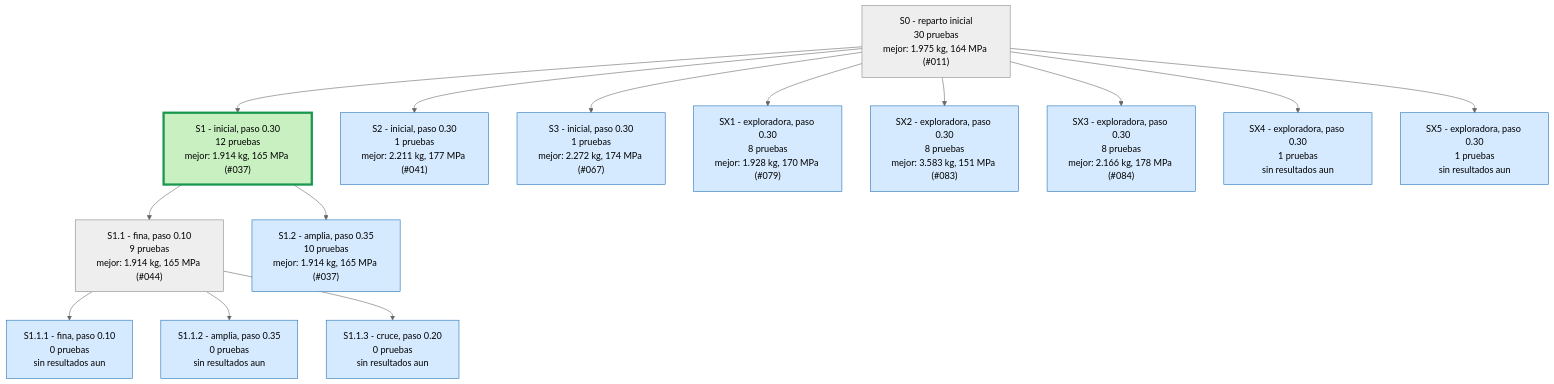
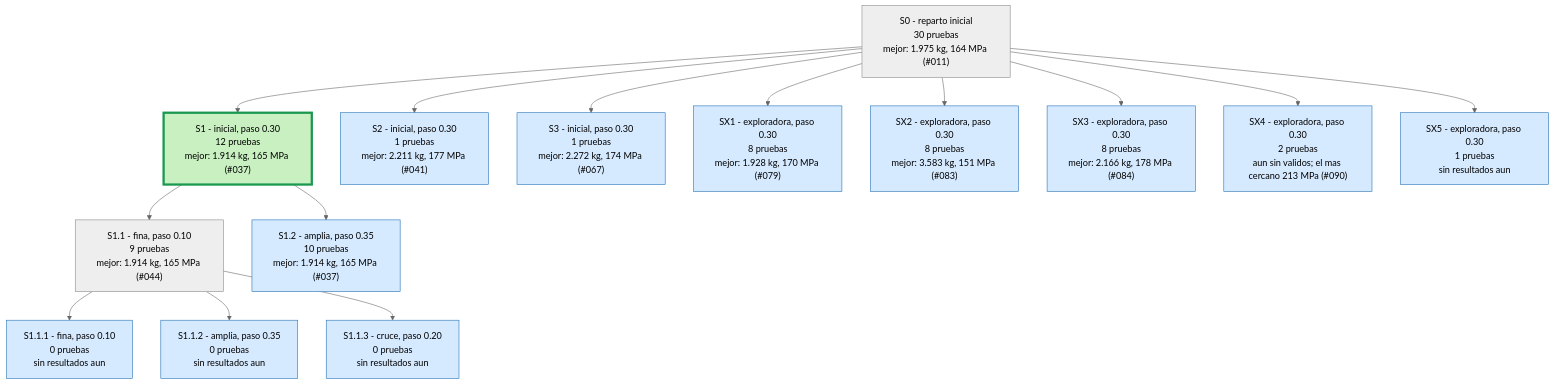
The first of 4 diagrams in runs/opt_37800N/ARBOL.md (Hugiko/msd-soporte-optimizacion), drawn with Mermaid (neutral theme) before and after one commit. The commit also changed 21 other files, not shown here.

````diff
--- a/runs/opt_37800N/ARBOL.md
+++ b/runs/opt_37800N/ARBOL.md
@@ -9,33 +9,33 @@
 ```mermaid
 graph TD
 classDef activa fill:#d6eaff,stroke:#1f6fb5,color:#000
 classDef fin fill:#eeeeee,stroke:#888,color:#000
 classDef mejor fill:#c8f0c0,stroke:#1a9850,stroke-width:4px,color:#000
 S0["S0 - reparto inicial<br/>30 pruebas<br/>mejor: 1.975 kg, 164 MPa (#011)"]:::fin
 S1["S1 - inicial, paso 0.30<br/>12 pruebas<br/>mejor: 1.914 kg, 165 MPa (#037)"]:::mejor
 S0 --> S1
 S2["S2 - inicial, paso 0.30<br/>1 pruebas<br/>mejor: 2.211 kg, 177 MPa (#041)"]:::activa
 S0 --> S2
 S3["S3 - inicial, paso 0.30<br/>1 pruebas<br/>mejor: 2.272 kg, 174 MPa (#067)"]:::activa
 S0 --> S3
 S1_1["S1.1 - fina, paso 0.10<br/>9 pruebas<br/>mejor: 1.914 kg, 165 MPa (#044)"]:::fin
 S1 --> S1_1
 S1_2["S1.2 - amplia, paso 0.35<br/>10 pruebas<br/>mejor: 1.914 kg, 165 MPa (#037)"]:::activa
 S1 --> S1_2
 S1_1_1["S1.1.1 - fina, paso 0.10<br/>0 pruebas<br/>sin resultados aun"]:::activa
 S1_1 --> S1_1_1
 S1_1_2["S1.1.2 - amplia, paso 0.35<br/>0 pruebas<br/>sin resultados aun"]:::activa
 S1_1 --> S1_1_2
 S1_1_3["S1.1.3 - cruce, paso 0.20<br/>0 pruebas<br/>sin resultados aun"]:::activa
 S1_1 --> S1_1_3
 SX1["SX1 - exploradora, paso 0.30<br/>8 pruebas<br/>mejor: 1.928 kg, 170 MPa (#079)"]:::activa
 S0 --> SX1
 SX2["SX2 - exploradora, paso 0.30<br/>8 pruebas<br/>mejor: 3.583 kg, 151 MPa (#083)"]:::activa
 S0 --> SX2
 SX3["SX3 - exploradora, paso 0.30<br/>8 pruebas<br/>mejor: 2.166 kg, 178 MPa (#084)"]:::activa
 S0 --> SX3
-SX4["SX4 - exploradora, paso 0.30<br/>1 pruebas<br/>sin resultados aun"]:::activa
+SX4["SX4 - exploradora, paso 0.30<br/>2 pruebas<br/>aun sin validos; el mas cercano 213 MPa (#090)"]:::activa
 S0 --> SX4
 SX5["SX5 - exploradora, paso 0.30<br/>1 pruebas<br/>sin resultados aun"]:::activa
 S0 --> SX5
 ```
````
